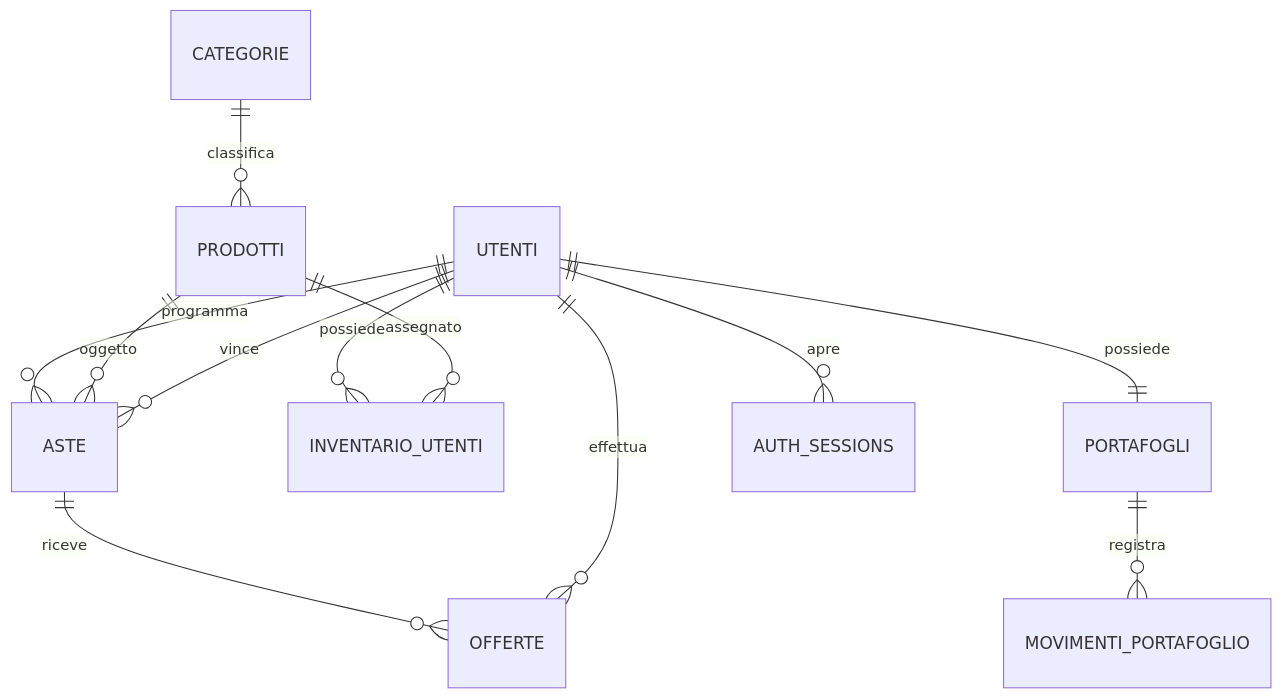
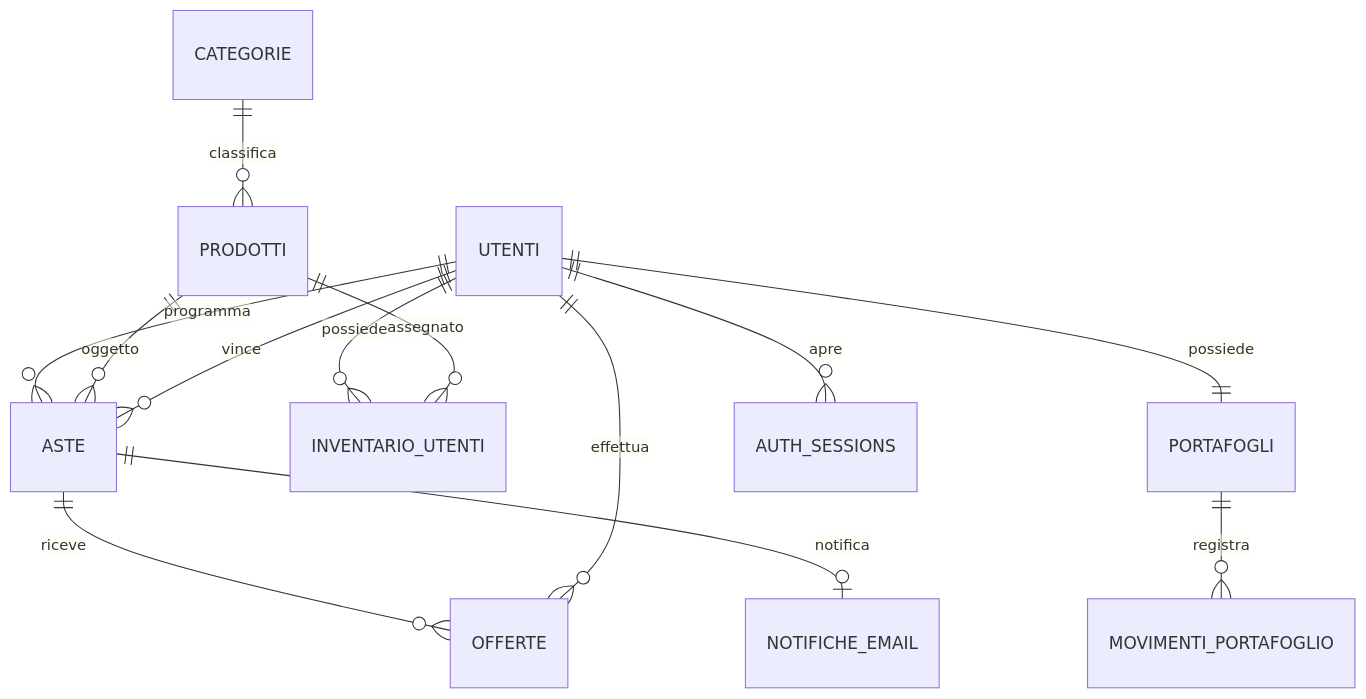
The diagram in docs/03-database.md (MatteoCharrierITS/JavaDev-LiveAuction), drawn with Mermaid before and after one commit. The commit also changed other lines of this file and 20 other files, not shown here.

````diff
--- a/docs/03-database.md
+++ b/docs/03-database.md
@@ -17,14 +17,15 @@
 ```mermaid
 erDiagram
     UTENTI ||--|| PORTAFOGLI : possiede
     PORTAFOGLI ||--o{ MOVIMENTI_PORTAFOGLIO : registra
     UTENTI ||--o{ INVENTARIO_UTENTI : possiede
     PRODOTTI ||--o{ INVENTARIO_UTENTI : assegnato
     CATEGORIE ||--o{ PRODOTTI : classifica
     UTENTI ||--o{ ASTE : programma
     PRODOTTI ||--o{ ASTE : oggetto
     ASTE ||--o{ OFFERTE : riceve
     UTENTI ||--o{ OFFERTE : effettua
     UTENTI ||--o{ ASTE : vince
     UTENTI ||--o{ AUTH_SESSIONS : apre
+    ASTE ||--o| NOTIFICHE_EMAIL : notifica
 ```
````
